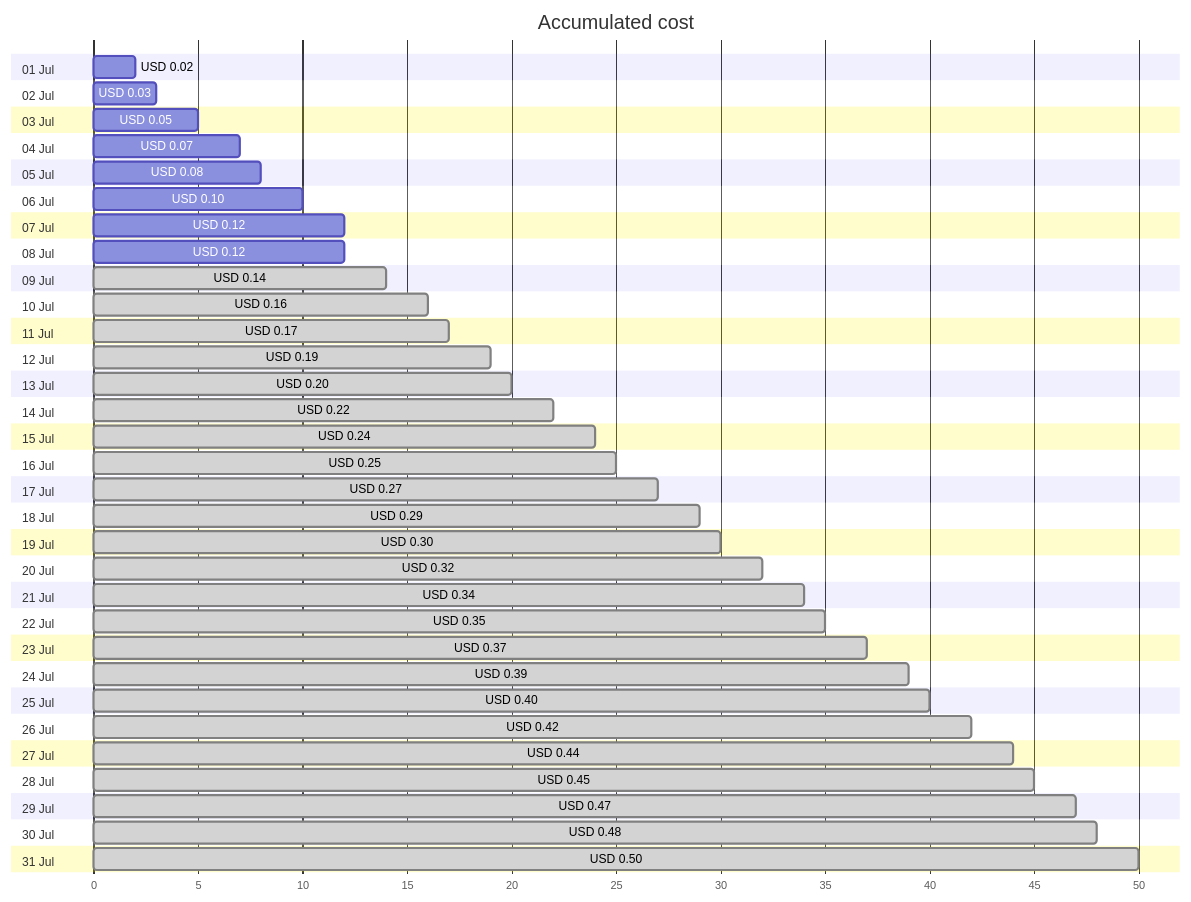
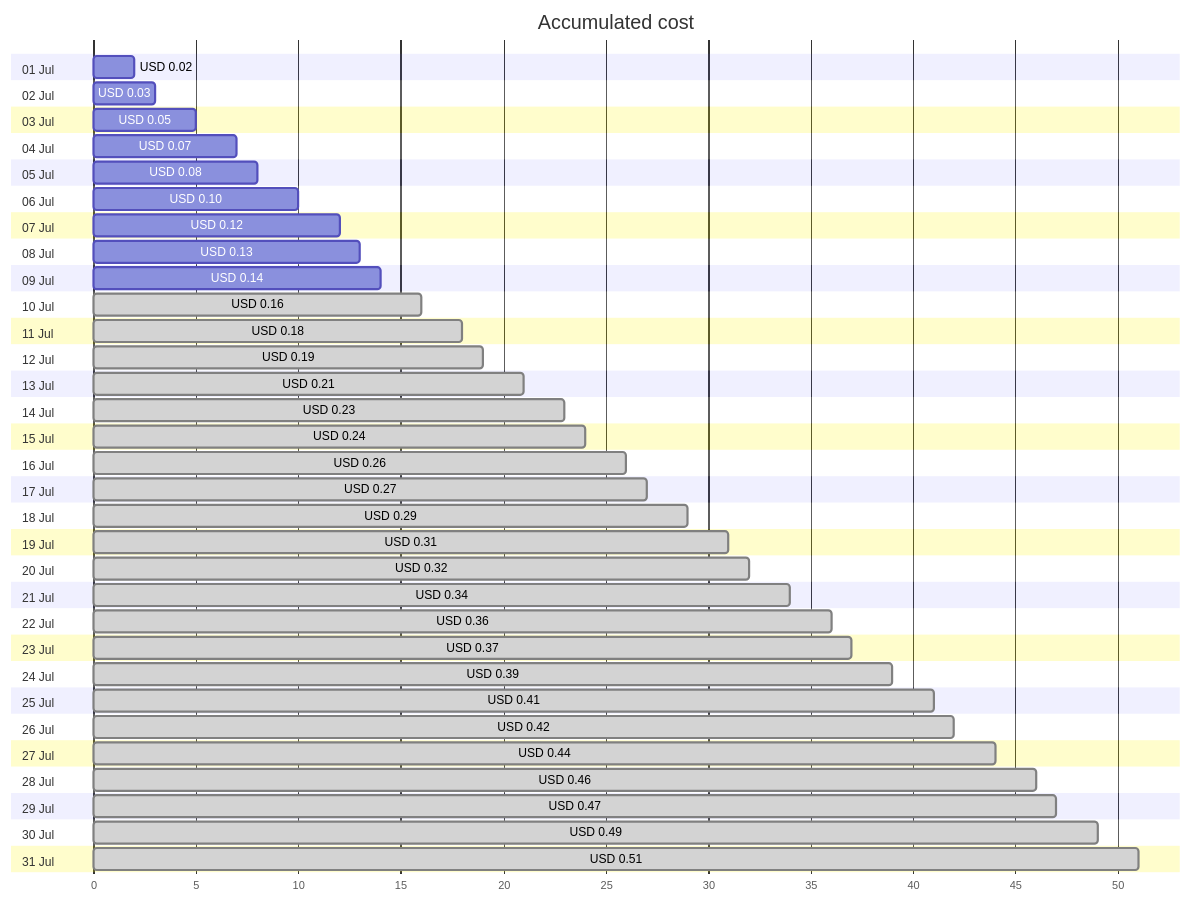
One commit to jpfulton/azure-personal-reports changed the first of 4 diagrams in cost-reports/personal-dns/jpatrickfulton.dev.md. Above: the diagram before and after it, drawn with Mermaid. The commit also changed other lines of this file and 2 other files, not shown here.

Commit message:
Generated reports [skip ci]

````diff
--- a/cost-reports/personal-dns/jpatrickfulton.dev.md
+++ b/cost-reports/personal-dns/jpatrickfulton.dev.md
@@ -20,68 +20,68 @@
 ```mermaid
 gantt
    title Accumulated cost
    dateFormat  X
    axisFormat %s
    section 01 Jul
    USD 0.02 :0, 2
    section 02 Jul
    USD 0.03 :0, 3
    section 03 Jul
    USD 0.05 :0, 5
    section 04 Jul
    USD 0.07 :0, 7
    section 05 Jul
    USD 0.08 :0, 8
    section 06 Jul
    USD 0.10 :0, 10
    section 07 Jul
    USD 0.12 :0, 12
    section 08 Jul
-   USD 0.12 :0, 12
+   USD 0.13 :0, 13
    section 09 Jul
-   USD 0.14 : done, 0, 14
+   USD 0.14 :0, 14
    section 10 Jul
    USD 0.16 : done, 0, 16
    section 11 Jul
-   USD 0.17 : done, 0, 17
+   USD 0.18 : done, 0, 18
    section 12 Jul
    USD 0.19 : done, 0, 19
    section 13 Jul
-   USD 0.20 : done, 0, 20
+   USD 0.21 : done, 0, 21
    section 14 Jul
-   USD 0.22 : done, 0, 22
+   USD 0.23 : done, 0, 23
    section 15 Jul
    USD 0.24 : done, 0, 24
    section 16 Jul
-   USD 0.25 : done, 0, 25
+   USD 0.26 : done, 0, 26
    section 17 Jul
    USD 0.27 : done, 0, 27
    section 18 Jul
    USD 0.29 : done, 0, 29
    section 19 Jul
-   USD 0.30 : done, 0, 30
+   USD 0.31 : done, 0, 31
    section 20 Jul
    USD 0.32 : done, 0, 32
    section 21 Jul
    USD 0.34 : done, 0, 34
    section 22 Jul
-   USD 0.35 : done, 0, 35
+   USD 0.36 : done, 0, 36
    section 23 Jul
    USD 0.37 : done, 0, 37
    section 24 Jul
    USD 0.39 : done, 0, 39
    section 25 Jul
-   USD 0.40 : done, 0, 40
+   USD 0.41 : done, 0, 41
    section 26 Jul
    USD 0.42 : done, 0, 42
    section 27 Jul
    USD 0.44 : done, 0, 44
    section 28 Jul
-   USD 0.45 : done, 0, 45
+   USD 0.46 : done, 0, 46
    section 29 Jul
    USD 0.47 : done, 0, 47
    section 30 Jul
-   USD 0.48 : done, 0, 48
+   USD 0.49 : done, 0, 49
    section 31 Jul
-   USD 0.50 : done, 0, 50
+   USD 0.51 : done, 0, 51
 ```
````
